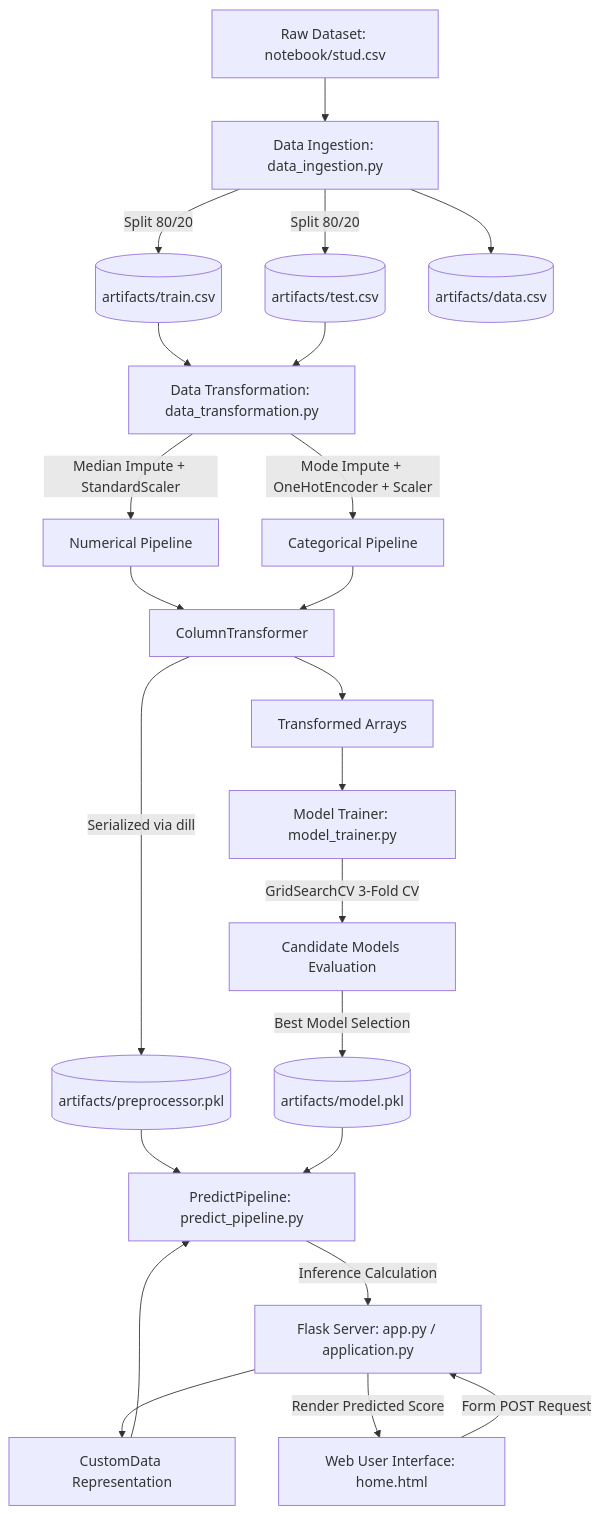
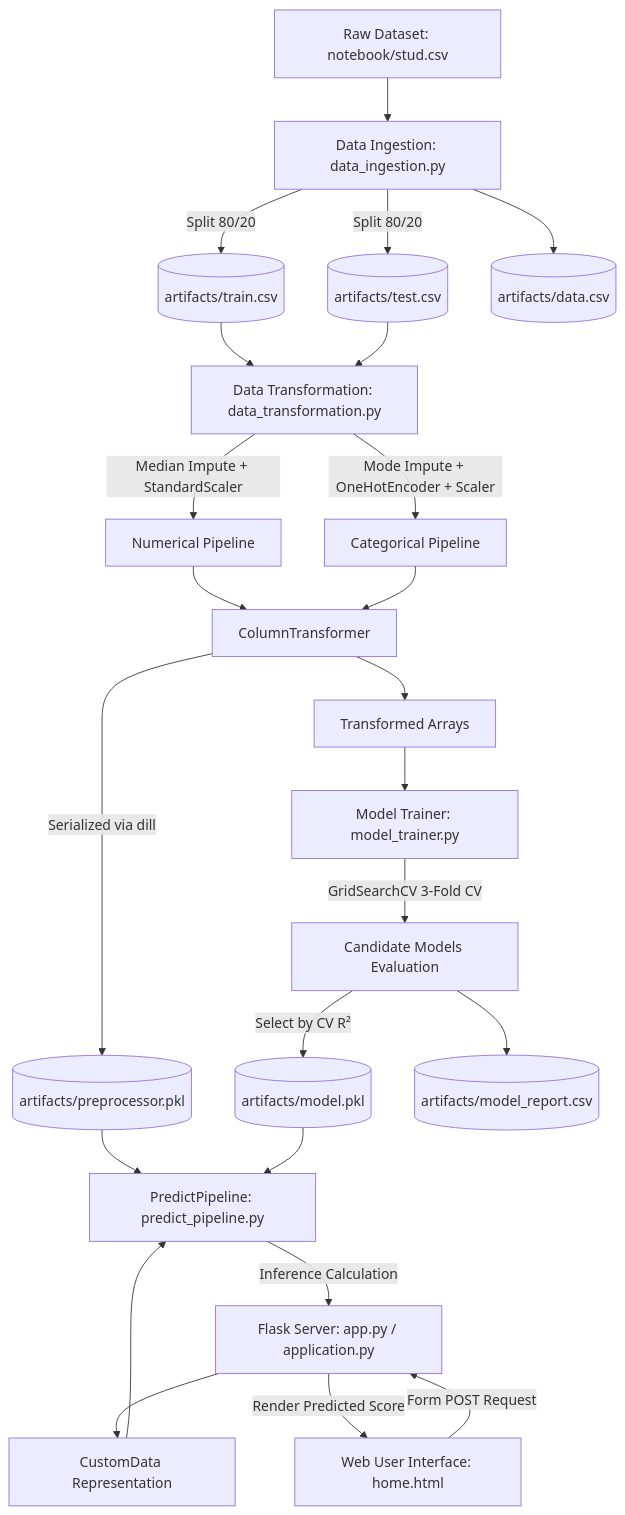
The diagram in README.md (Adhiraj170204/Student-Performance-Prediction), drawn with Mermaid before and after one commit. The commit also changed other lines of this file and 5 other files, not shown here.

````diff
--- a/README.md
+++ b/README.md
@@ -70,28 +70,29 @@
 ```mermaid
 flowchart TD
     A[Raw Dataset: notebook/stud.csv] --> B[Data Ingestion: data_ingestion.py]
     B -->|Split 80/20| C[(artifacts/train.csv)]
     B -->|Split 80/20| D[(artifacts/test.csv)]
     B --> E[(artifacts/data.csv)]
 
     C --> F[Data Transformation: data_transformation.py]
     D --> F
     F -->|Median Impute + StandardScaler| G[Numerical Pipeline]
     F -->|Mode Impute + OneHotEncoder + Scaler| H[Categorical Pipeline]
     G --> I[ColumnTransformer]
     H --> I
     I -->|Serialized via dill| J[(artifacts/preprocessor.pkl)]
     I --> K[Transformed Arrays]
 
     K --> L[Model Trainer: model_trainer.py]
     L -->|GridSearchCV 3-Fold CV| M[Candidate Models Evaluation]
-    M -->|Best Model Selection| N[(artifacts/model.pkl)]
+    M -->|Select by CV R²| N[(artifacts/model.pkl)]
+    M --> N2[(artifacts/model_report.csv)]
 
     O[Web User Interface: home.html] -->|Form POST Request| P[Flask Server: app.py / application.py]
     P --> Q[CustomData Representation]
     Q --> R[PredictPipeline: predict_pipeline.py]
     J --> R
     N --> R
     R -->|Inference Calculation| P
     P -->|Render Predicted Score| O
 ```
````
